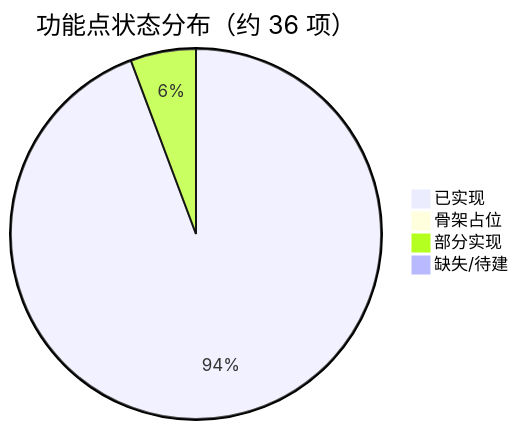
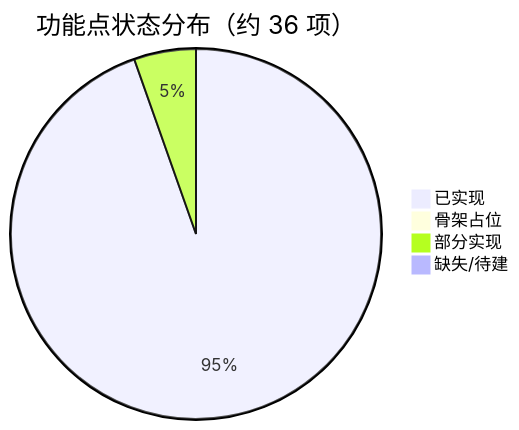
One commit to qoobots/qoorag changed the first of 2 diagrams in .docs/06_功能清单进度文档.md. Above: the diagram before and after it, drawn with Mermaid. The commit also changed other lines of this file and 8 other files, not shown here.

````diff
--- a/.docs/06_功能清单进度文档.md
+++ b/.docs/06_功能清单进度文档.md
@@ -29,7 +29,7 @@
 ```mermaid
 pie title 功能点状态分布（约 36 项）
-    "已实现" : 33
+    "已实现" : 35
     "骨架占位" : 0
     "部分实现" : 2
     "缺失/待建" : 0
 ```
````
